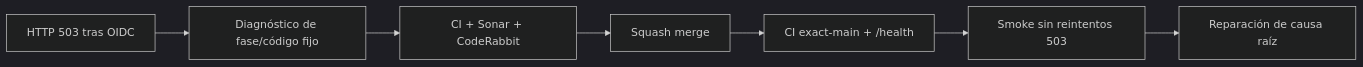
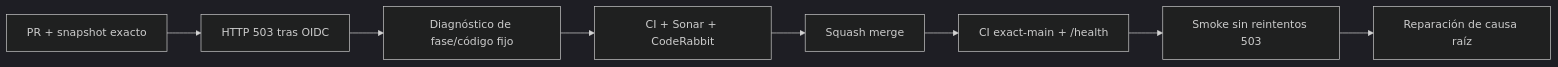
The diagram in README.md (pl0n3r/GrindFlow), drawn with Mermaid (dark theme) before and after one commit. The commit also changed other lines of this file and 1 other file, not shown here.

Commit message:
fix(ci): restore README gate markers and apply Pint formatting

````diff
--- a/README.md
+++ b/README.md
@@ -47,9 +47,10 @@
 ```mermaid
 flowchart LR
- A["HTTP 503 tras OIDC"] --> B["Diagnóstico de fase/código fijo"]
- B --> C["CI + Sonar + CodeRabbit"]
- C --> M["Squash merge"]
+ A["PR + snapshot exacto"] --> B["HTTP 503 tras OIDC"]
+ B --> C["Diagnóstico de fase/código fijo"]
+ C --> D["CI + Sonar + CodeRabbit"]
+ D --> M["Squash merge"]
  M --> X["CI exact-main + /health"]
  X --> S["Smoke sin reintentos 503"]
  S --> G["Reparación de causa raíz"]
 ```
````
